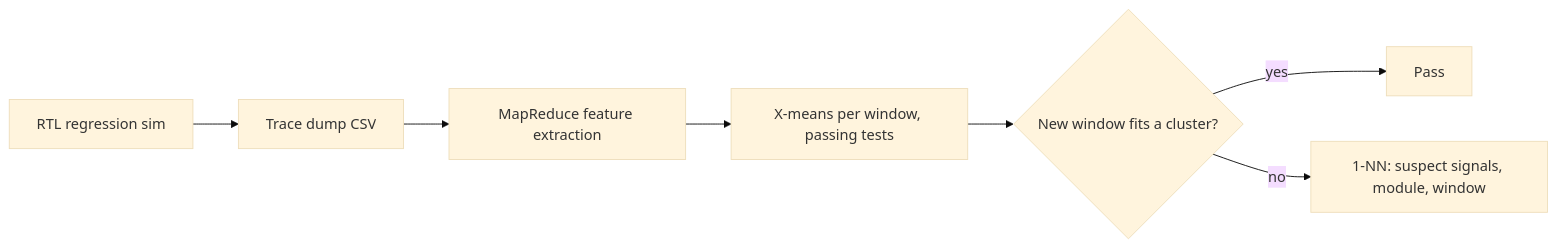
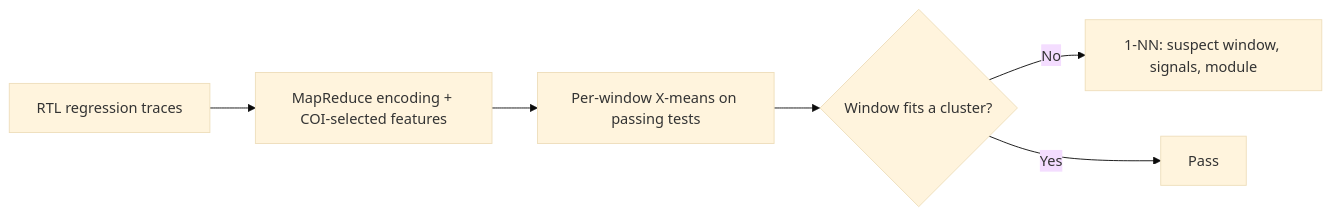
Before and after one commit to nemo99007/yt-paper: the diagram in docs/papers/ref-20261018-ade1-guiding-functional-verification-regression-analysis-using-ma.md, drawn with Mermaid (base theme). The commit also changed other lines of this file and 172 other files, not shown here.

````diff
--- a/docs/papers/ref-20261018-ade1-guiding-functional-verification-regression-analysis-using-ma.md
+++ b/docs/papers/ref-20261018-ade1-guiding-functional-verification-regression-analysis-using-ma.md
@@ -277,9 +199,8 @@
 ```mermaid
 flowchart LR
-  A[RTL regression sim] --> B[Trace dump CSV]
-  B --> C[MapReduce feature extraction]
-  C --> D[X-means per window, passing tests]
-  D --> E{New window fits a cluster?}
-  E -- yes --> F[Pass]
-  E -- no --> G[1-NN: suspect signals, module, window]
+  A[RTL regression traces] --> B[MapReduce encoding + COI-selected features]
+  B --> C[Per-window X-means on passing tests]
+  C --> D{Window fits a cluster?}
+  D -- No --> E[1-NN: suspect window, signals, module]
+  D -- Yes --> F[Pass]
 ```
````
